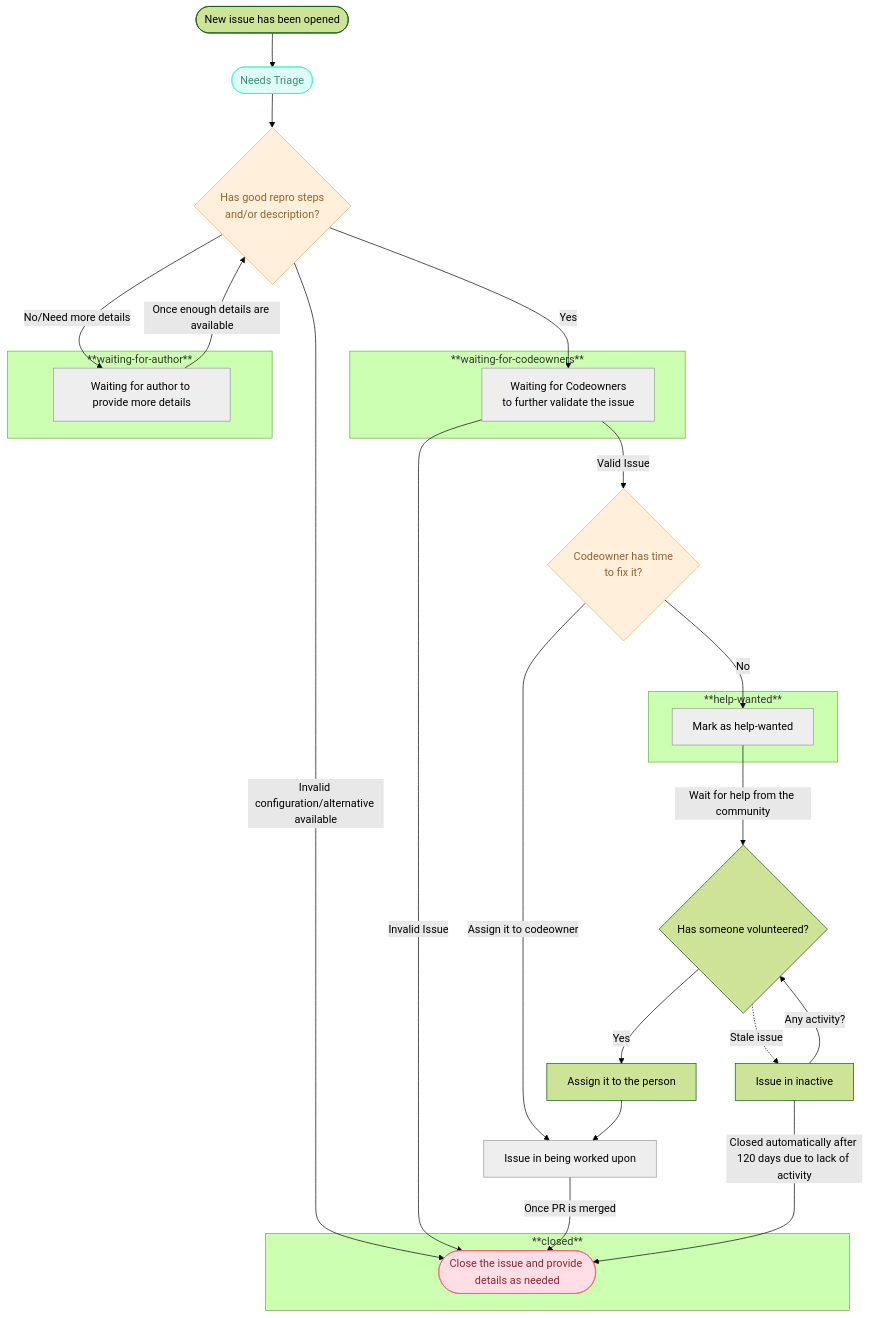
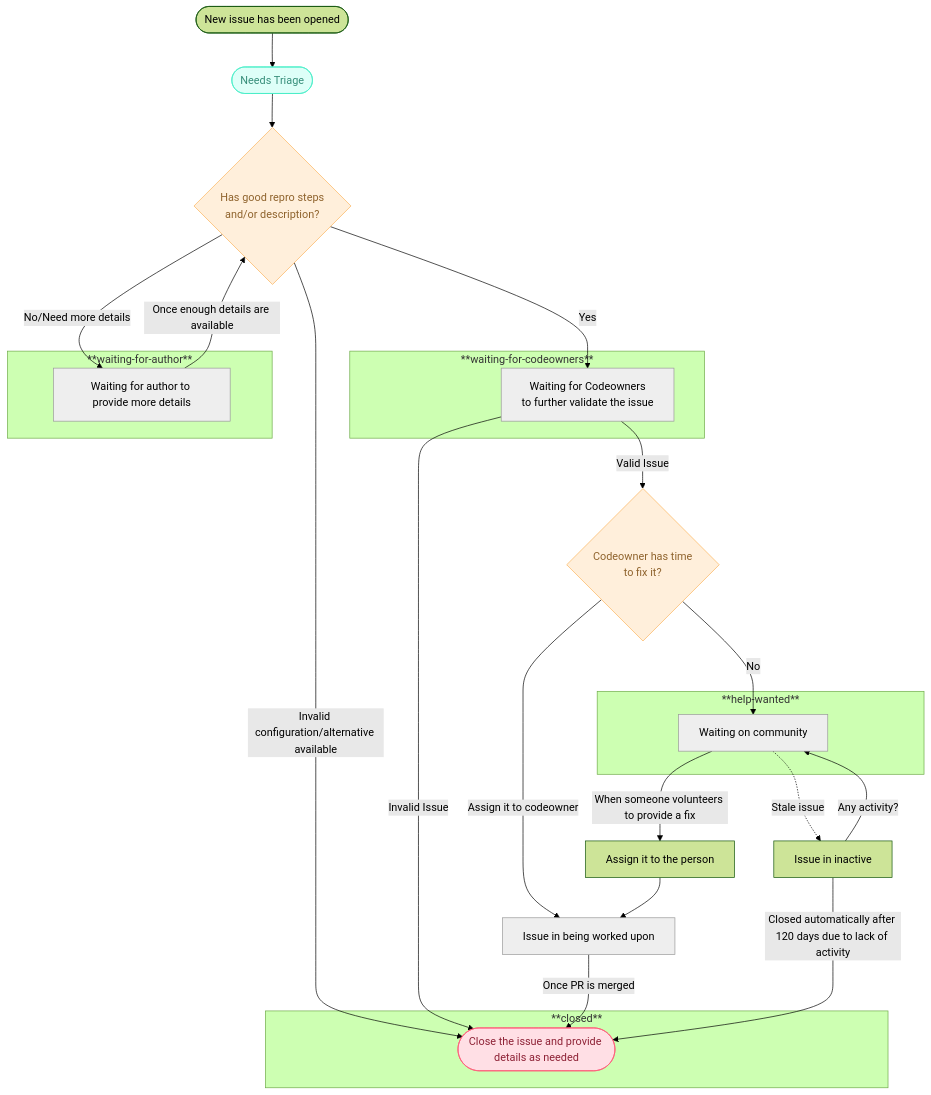
Before and after one commit to open-telemetry/opentelemetry-collector-contrib: the diagram in issue-triaging.md, drawn with Mermaid (forest theme).

Commit message:
more improvements

````diff
--- a/issue-triaging.md
+++ b/issue-triaging.md
@@ -79,52 +79,50 @@
 ```mermaid
 flowchart TD
     n0(["New issue has been opened"]) --> n1
     n1(["Needs Triage"]) --> n2["Has good repro steps <br>and/or description?"]
   subgraph graph2["**waiting-for-codeowners**"]
         n3["Waiting for Codeowners<br>to further validate the issue"]
   end
   subgraph graph3["**waiting-for-author**"]
         n4["Waiting for author to provide more details"]
   end
   subgraph graph4["**help-wanted**"]
-        n8["Mark as help-wanted"]
+        n8["Waiting on community"]
   end
   subgraph graph5["**closed**"]
         n10(["Close the issue and provide details as needed"])
   end
     n2 -- Yes --> n3
     n2 -- No/Need more details --> n4
     n2 -- Invalid configuration/alternative available --> n10
     n3 -- Invalid Issue --> n10
     n3 -- Valid Issue -->  n6["Codeowner has time<br>to fix it?"]
     n6 -- Assign it to codeowner --> n7["Issue in being worked upon"]
     n6 -- No --> n8
     n7 -- Once PR is merged --> n10
-    n8 -- Wait for help from the community --> n9["Has someone volunteered?"]
-    n9 -- Yes --> n11["Assign it to the person"]
-    n12 -- Any activity? --> n9
-    n9 -. Stale issue .-> n12["Issue in inactive"]
+    n8 -- When someone volunteers to provide a fix --> n11["Assign it to the person"]
+    n12 -- Any activity? --> n8
+    n8 -. Stale issue .-> n12["Issue in inactive"]
     n11 --> n7
     n12 -- Closed automatically after 120 days due to lack of activity --> n10
     n4 -- Once enough details are available --> n2
 
     n3@{ shape: rect}
     n4@{ shape: rect}
     n2@{ shape: diam}
     n6@{ shape: diam}
-    n9@{ shape: diam}
 
      n1:::Aqua
      n3:::Ash
      n4:::Ash
      n8:::Ash
      n2:::Ash
      n2:::Peach
      n6:::Peach
      n7:::Ash
      n10:::Rose
     classDef Rose stroke-width:1px, stroke-dasharray:none, stroke:#FF5978, fill:#FFDFE5, color:#8E2236
     classDef Aqua stroke-width:1px, stroke-dasharray:none, stroke:#46EDC8, fill:#DEFFF8, color:#378E7A
     classDef Peach stroke-width:1px, stroke-dasharray:none, stroke:#FBB35A, fill:#FFEFDB, color:#8F632D
     classDef Ash stroke-width:1px, stroke-dasharray:none, stroke:#999999, fill:#EEEEEE, color:#000000
 ```
````
